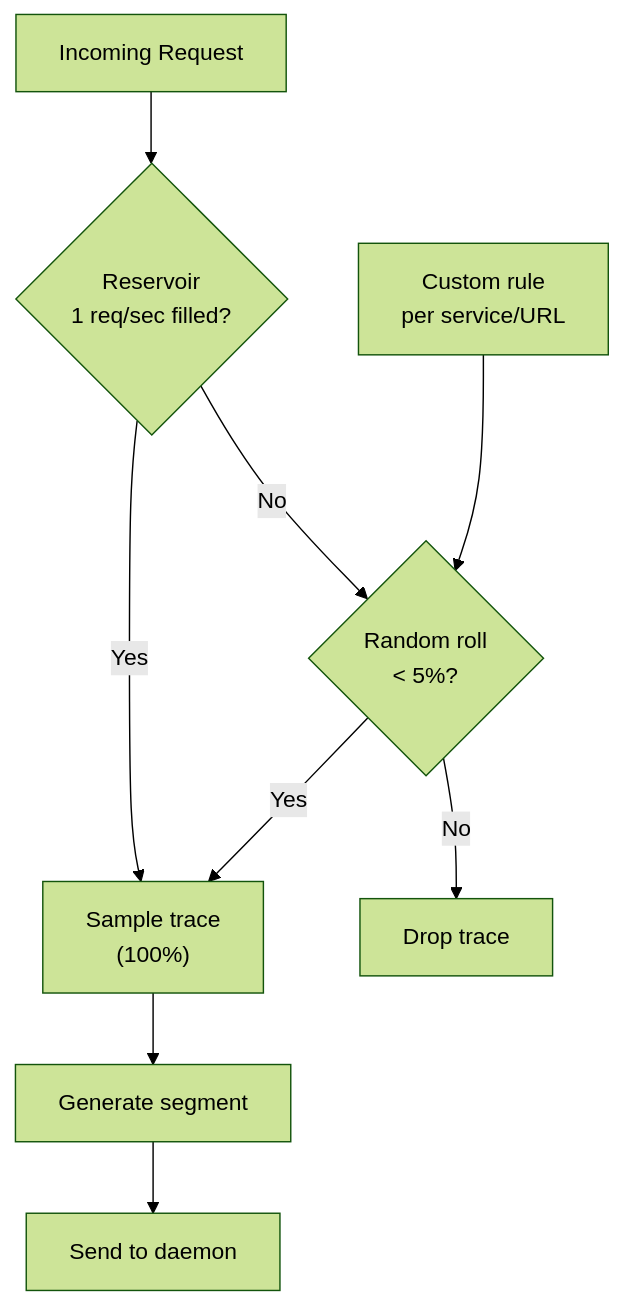
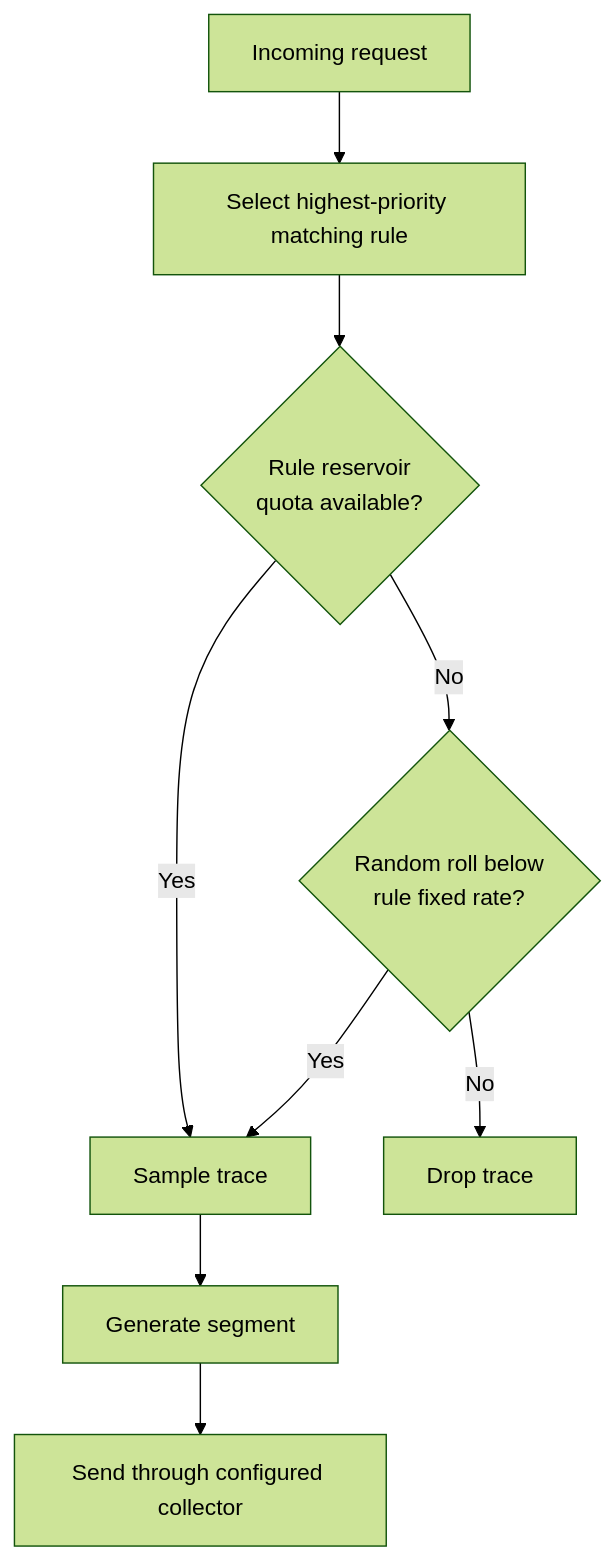
Before and after one commit to AlexanderBesss/AWS_best_praactices: the second of 2 diagrams in Monitoring/X-Ray-Best-Practices.md, drawn with Mermaid (forest theme). The commit also changed other lines of this file and 31 other files, not shown here.

````diff
--- a/Monitoring/X-Ray-Best-Practices.md
+++ b/Monitoring/X-Ray-Best-Practices.md
@@ -130,11 +132,11 @@
 ```mermaid
 flowchart TD
-    R["Incoming Request"] --> S{"Reservoir\n1 req/sec filled?"}
-    S -->|Yes| T["Sample trace\n(100%)"]
-    S -->|No| U{"Random roll\n< 5%?"}
+    R["Incoming request"] --> M["Select highest-priority matching rule"]
+    M --> S{"Rule reservoir\nquota available?"}
+    S -->|Yes| T["Sample trace"]
+    S -->|No| U{"Random roll below\nrule fixed rate?"}
     U -->|Yes| T
     U -->|No| V["Drop trace"]
     T --> W["Generate segment"]
-    W --> X["Send to daemon"]
-    CR["Custom rule\nper service/URL"] --> U
+    W --> X["Send through configured collector"]
 ```
````
